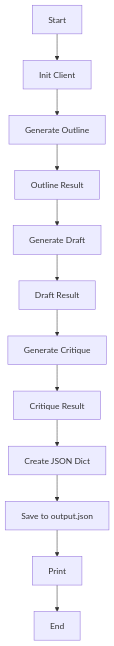
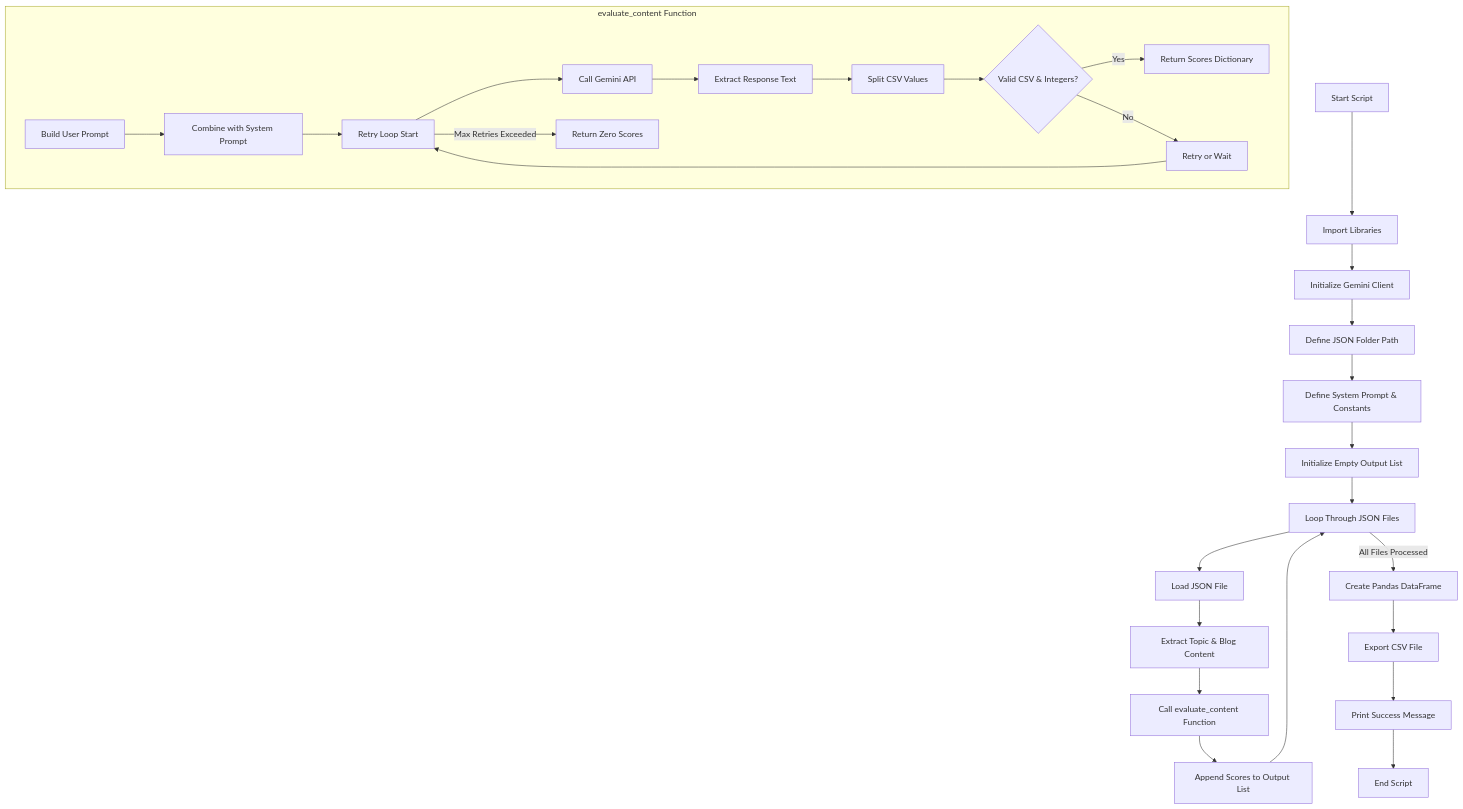
Before and after one commit to blackstag2k/Retry-Blog-Evaluation: the diagram in README.md, drawn with Mermaid. The commit also changed other lines of this file, not shown here.

Commit message:
Update README with project details and workflow

````diff
--- a/README.md
+++ b/README.md
@@ -7,21 +7,36 @@
 ```mermaid
 flowchart TD
+    A[Start Script] --> B[Import Libraries]
+    B --> C[Initialize Gemini Client]
+    C --> D[Define JSON Folder Path]
+    D --> E[Define System Prompt & Constants]
 
-A[Start]
-A --> B[Init Client]
+    E --> F[Initialize Empty Output List]
+    F --> G[Loop Through JSON Files]
 
-B --> C[Generate Outline]
-C --> D[Outline Result]
+    G --> H[Load JSON File]
+    H --> I[Extract Topic & Blog Content]
 
-D --> E[Generate Draft]
-E --> F[Draft Result]
+    I --> J[Call evaluate_content Function]
 
-F --> G[Generate Critique]
-G --> H[Critique Result]
+    subgraph EVAL [evaluate_content Function]
+        J1[Build User Prompt] --> J2[Combine with System Prompt]
+        J2 --> J3[Retry Loop Start]
+        J3 --> J4[Call Gemini API]
+        J4 --> J5[Extract Response Text]
+        J5 --> J6[Split CSV Values]
+        J6 --> J7{Valid CSV & Integers?}
+        J7 -->|Yes| J8[Return Scores Dictionary]
+        J7 -->|No| J9[Retry or Wait]
+        J9 --> J3
+        J3 -->|Max Retries Exceeded| J10[Return Zero Scores]
+    end
 
-H --> I[Create JSON Dict]
-I --> J[Save to output.json]
+    J --> K[Append Scores to Output List]
+    K --> G
 
-J --> K[Print]
-K --> L[End]
+    G -->|All Files Processed| L[Create Pandas DataFrame]
+    L --> M[Export CSV File]
+    M --> N[Print Success Message]
+    N --> O[End Script]
 ```
````
